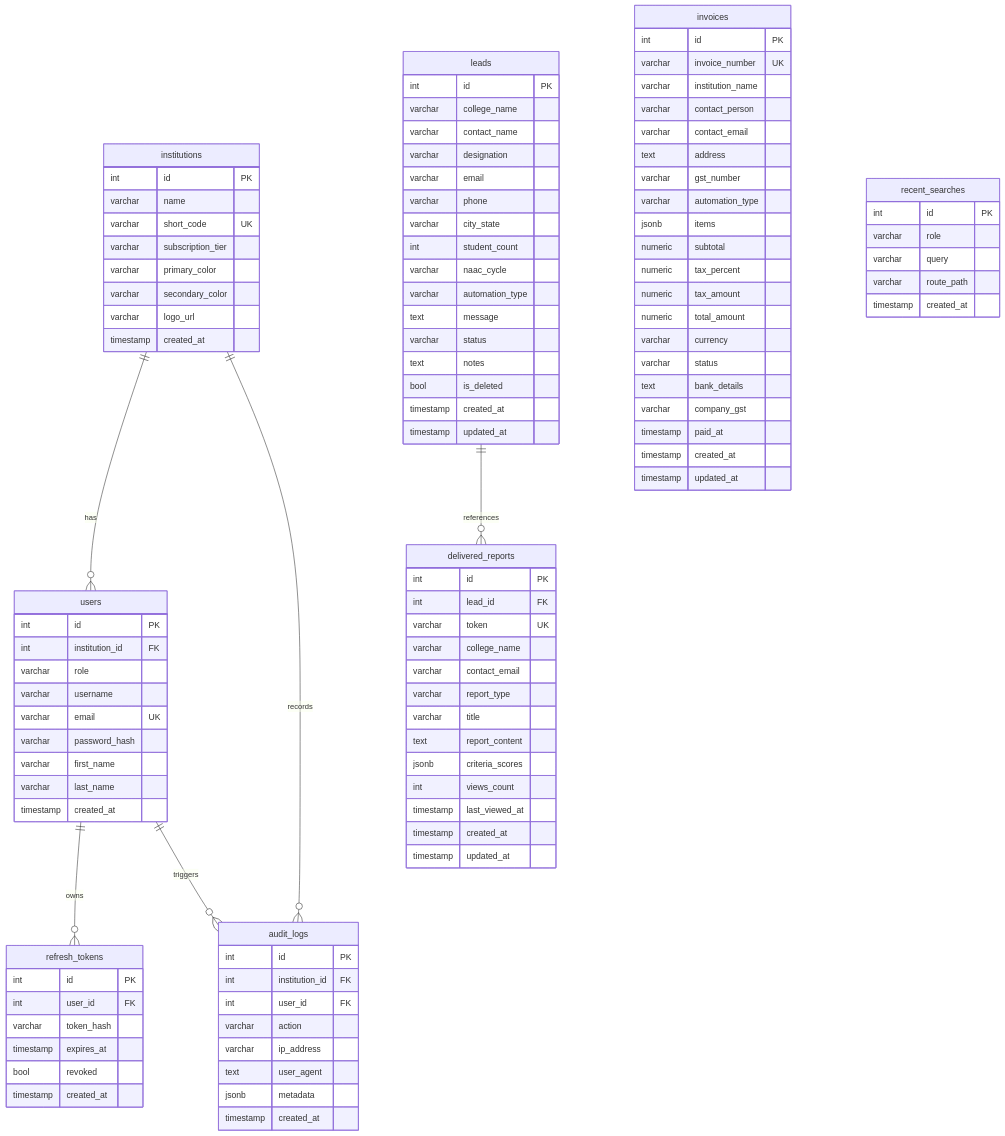
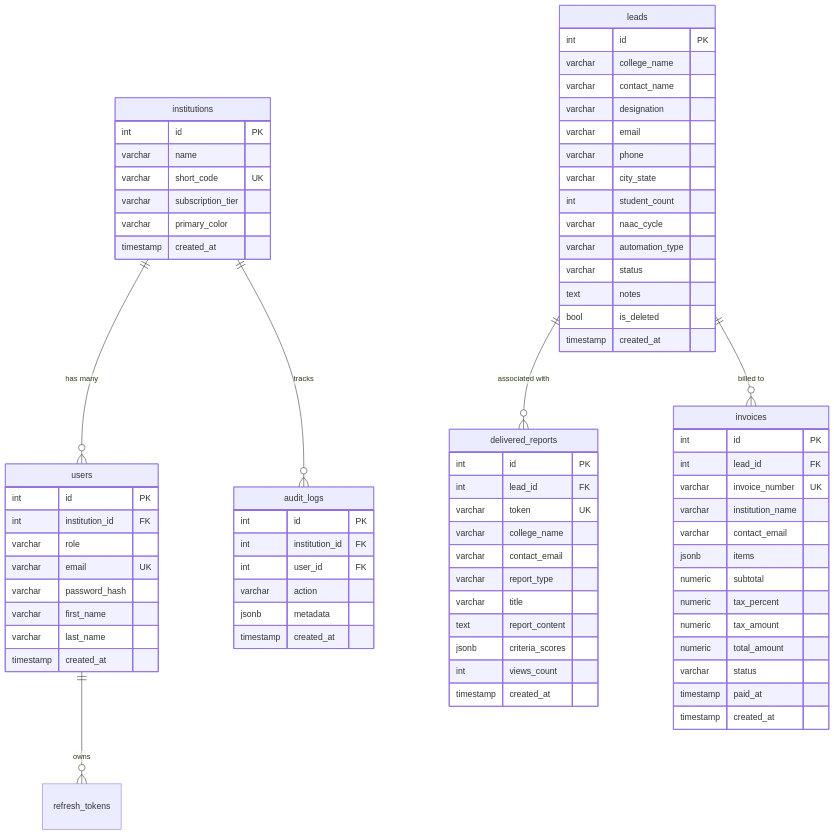
Before and after one commit to Shaik-Abdul-Sammed/EduFLowAI: the fourth of 4 diagrams in docs/WORKFLOW.md, drawn with Mermaid. The commit also changed other lines of this file and 10 other files, not shown here.

Commit message:
docs(audit): comprehensive pre-APK audit reports and workflow documentation

````diff
--- a/docs/WORKFLOW.md
+++ b/docs/WORKFLOW.md
@@ -220,10 +138,10 @@
 ```mermaid
 erDiagram
-    institutions ||--o{ users : "has"
-    institutions ||--o{ audit_logs : "records"
+    institutions ||--o{ users : "has many"
+    institutions ||--o{ audit_logs : "tracks"
     users ||--o{ refresh_tokens : "owns"
-    users ||--o{ audit_logs : "triggers"
-    leads ||--o{ delivered_reports : "references"
+    leads ||--o{ delivered_reports : "associated with"
+    leads ||--o{ invoices : "billed to"
 
     institutions {
         int id PK
@@ -231,8 +149,6 @@
         varchar short_code UK
         varchar subscription_tier
         varchar primary_color
-        varchar secondary_color
-        varchar logo_url
         timestamp created_at
     }
 
@@ -240,7 +156,6 @@
         int id PK
         int institution_id FK
         varchar role
-        varchar username
         varchar email UK
         varchar password_hash
         varchar first_name
@@ -259,12 +174,10 @@
         int student_count
         varchar naac_cycle
         varchar automation_type
-        text message
         varchar status
         text notes
         bool is_deleted
         timestamp created_at
-        timestamp updated_at
     }
 
     delivered_reports {
@@ -278,32 +191,23 @@
         text report_content
         jsonb criteria_scores
         int views_count
-        timestamp last_viewed_at
         timestamp created_at
-        timestamp updated_at
     }
 
     invoices {
         int id PK
+        int lead_id FK
         varchar invoice_number UK
         varchar institution_name
-        varchar contact_person
         varchar contact_email
-        text address
-        varchar gst_number
-        varchar automation_type
         jsonb items
         numeric subtotal
         numeric tax_percent
         numeric tax_amount
         numeric total_amount
-        varchar currency
         varchar status
-        text bank_details
-        varchar company_gst
         timestamp paid_at
         timestamp created_at
-        timestamp updated_at
     }
 
     audit_logs {
@@ -311,26 +215,7 @@
         int institution_id FK
         int user_id FK
         varchar action
-        varchar ip_address
-        text user_agent
         jsonb metadata
         timestamp created_at
     }
-
-    refresh_tokens {
-        int id PK
-        int user_id FK
-        varchar token_hash
-        timestamp expires_at
-        bool revoked
-        timestamp created_at
-    }
-
-    recent_searches {
-        int id PK
-        varchar role
-        varchar query
-        varchar route_path
-        timestamp created_at
-    }
 ```
````
